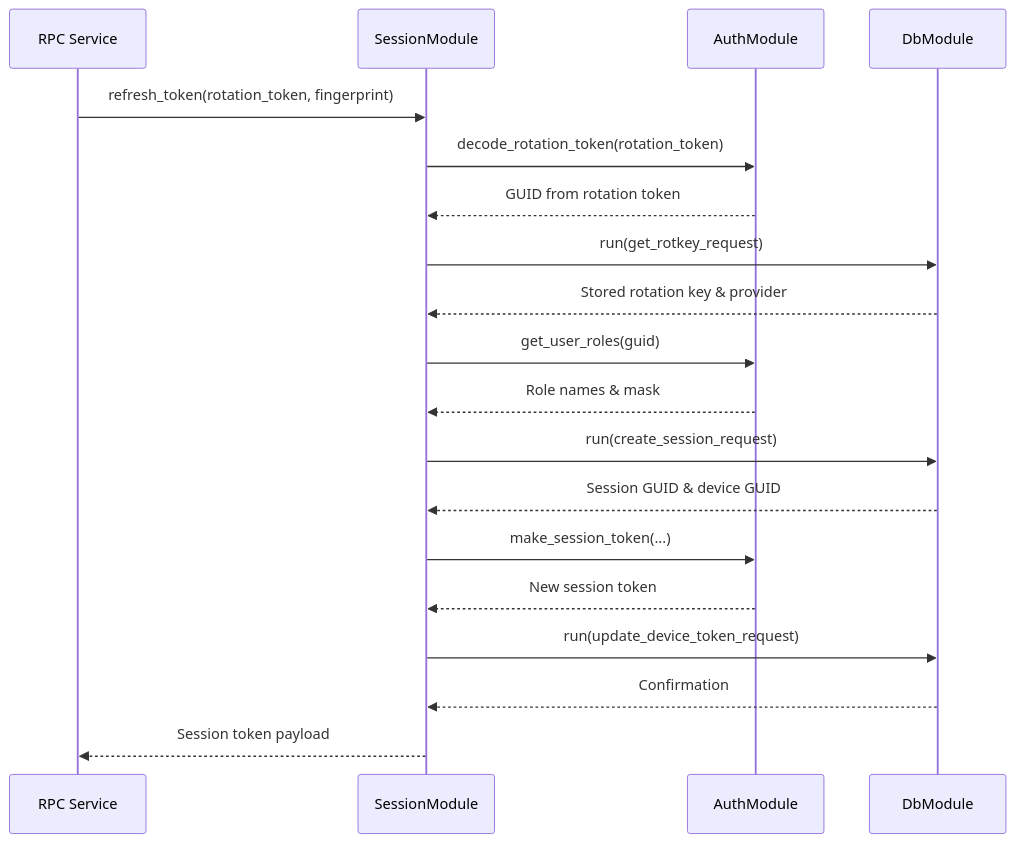
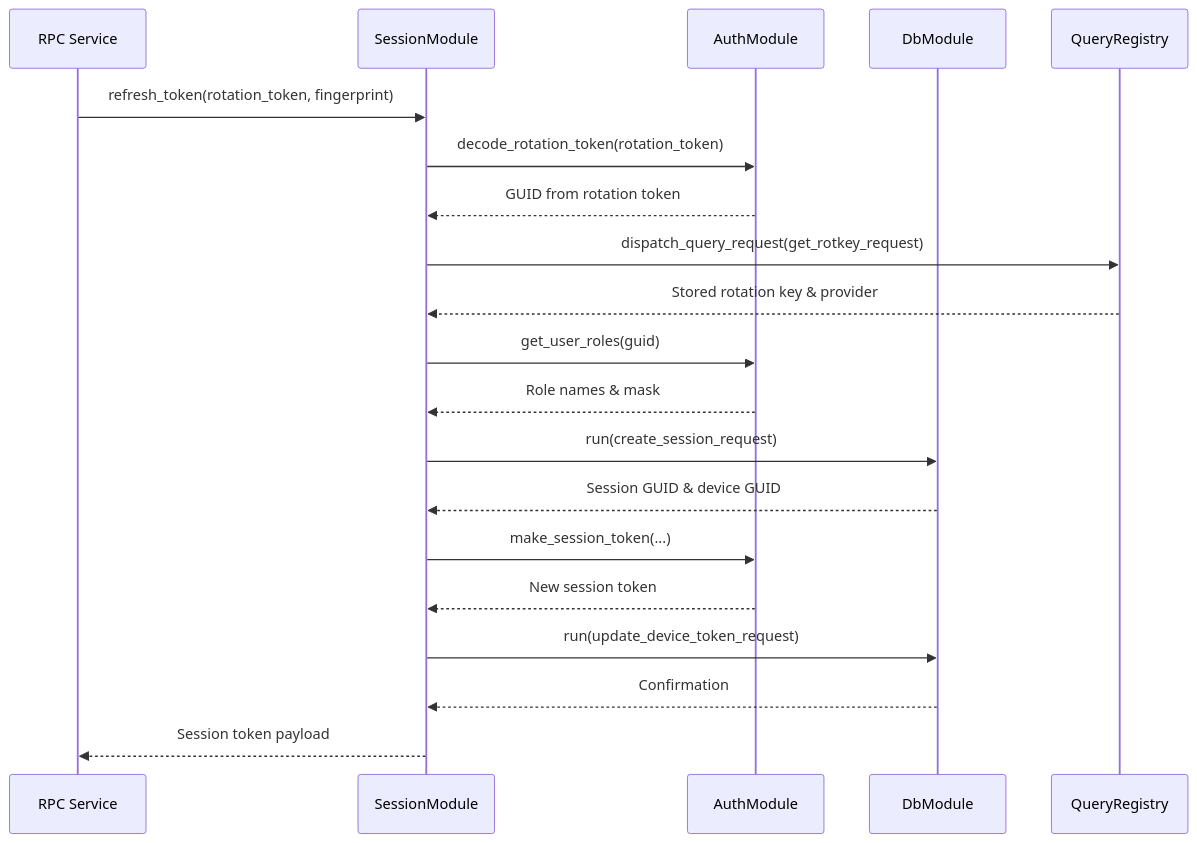
One commit to elide-us/elideus-group changed the seventh of 20 diagrams in AUTHENTICATION_DIAGRAMS.md. Above: the diagram before and after it, drawn with Mermaid. The commit also changed other lines of this file and 13 other files, not shown here.

Commit message:
Move rotkey lookup to query registry

````diff
--- a/AUTHENTICATION_DIAGRAMS.md
+++ b/AUTHENTICATION_DIAGRAMS.md
@@ -123,22 +123,23 @@
 ```mermaid
 sequenceDiagram
   participant RPC as RPC Service
   participant Session as SessionModule
   participant Auth as AuthModule
   participant DB as DbModule
+  participant Query as QueryRegistry
 
   RPC->>Session: refresh_token(rotation_token, fingerprint)
   Session->>Auth: decode_rotation_token(rotation_token)
   Auth-->>Session: GUID from rotation token
-  Session->>DB: run(get_rotkey_request)
-  DB-->>Session: Stored rotation key & provider
+  Session->>Query: dispatch_query_request(get_rotkey_request)
+  Query-->>Session: Stored rotation key & provider
   Session->>Auth: get_user_roles(guid)
   Auth-->>Session: Role names & mask
   Session->>DB: run(create_session_request)
   DB-->>Session: Session GUID & device GUID
   Session->>Auth: make_session_token(...)
   Auth-->>Session: New session token
   Session->>DB: run(update_device_token_request)
   DB-->>Session: Confirmation
   Session-->>RPC: Session token payload
 ```
````
